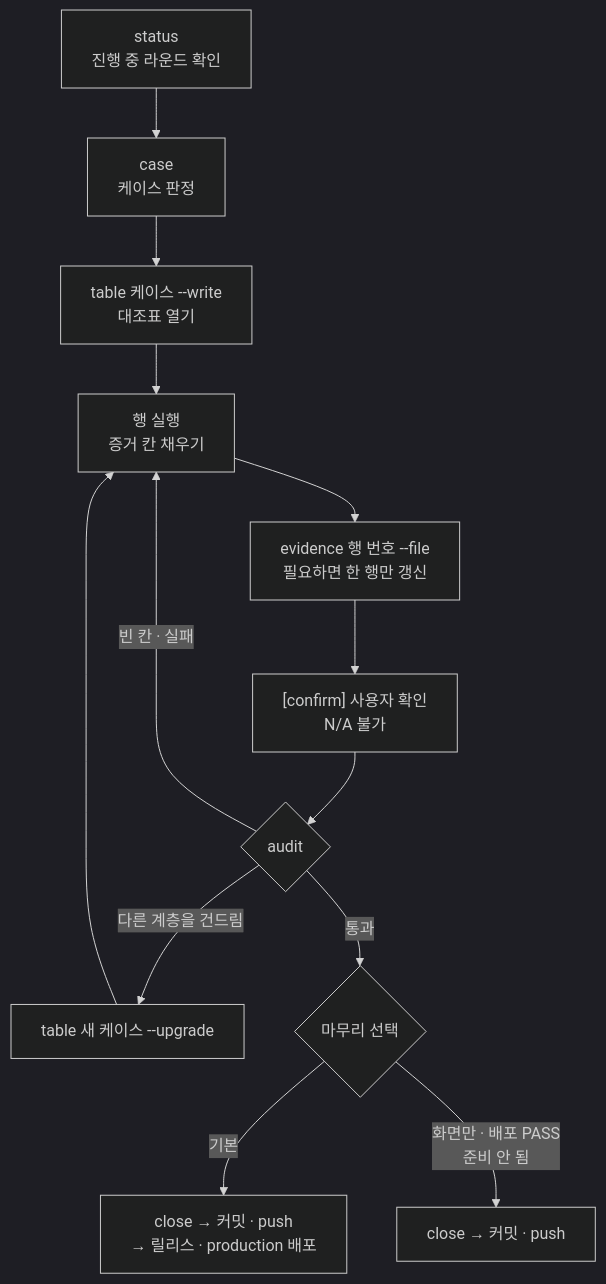
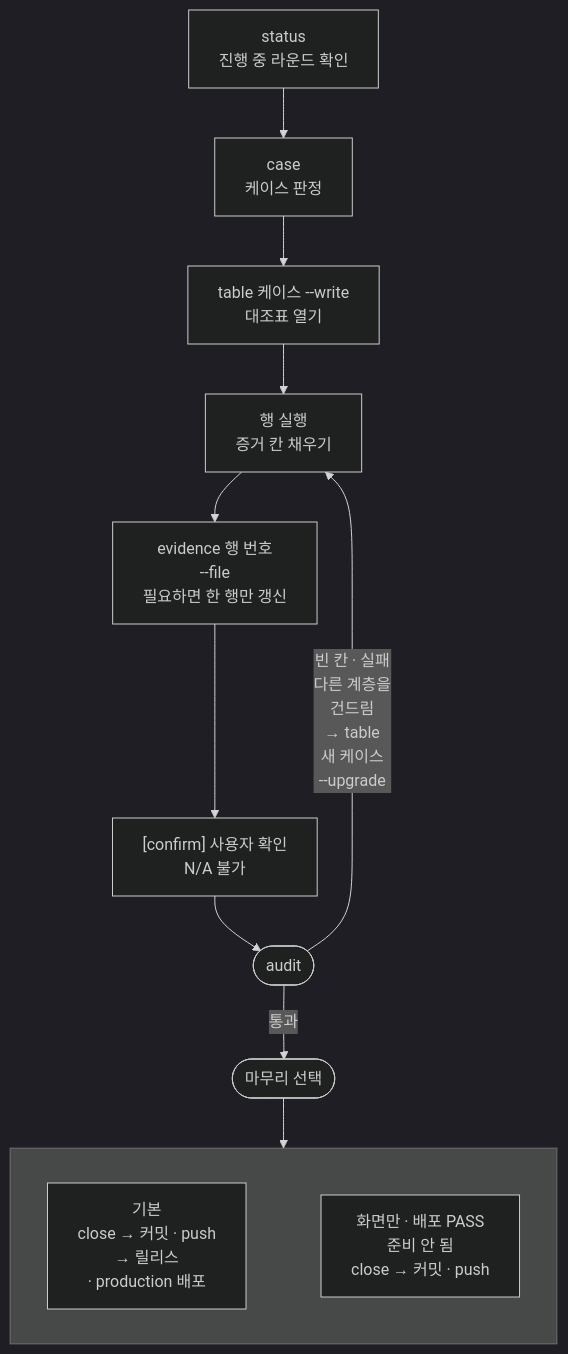
One commit to roadkwon-ai/pro-kit changed the first of 2 diagrams in handbook/concepts/dev-cycle.md. Above: the diagram before and after it, drawn with Mermaid (dark theme). The commit also changed other lines of this file and 26 other files, not shown here.

````diff
--- a/handbook/concepts/dev-cycle.md
+++ b/handbook/concepts/dev-cycle.md
@@ -20,20 +20,20 @@
 ```mermaid
 ---
 config:
   flowchart:
-    wrappingWidth: 220
+    wrappingWidth: 170
 ---
 flowchart TB
   S["status<br/>진행 중 라운드 확인"] --> C["case<br/>케이스 판정"]
   C --> T["table 케이스 --write<br/>대조표 열기"]
   T --> R["행 실행<br/>증거 칸 채우기"]
-  R --> EV["evidence 행 번호 --file<br/>필요하면 한 행만 갱신"]
+  R --> EV["evidence 행 번호<br/>--file<br/>필요하면 한 행만 갱신"]
   EV --> CF["[confirm] 사용자 확인<br/>N/A 불가"]
-  CF --> A{"audit"}
-  A -->|빈 칸 · 실패| R
-  A -->|다른 계층을 건드림| U["table 새 케이스 --upgrade"]
-  U --> R
-  A -->|통과| Q{"마무리 선택"}
-  Q -->|기본| RD["close → 커밋 · push<br/>→ 릴리스 · production 배포"]
-  Q -->|"화면만 · 배포 PASS<br/>준비 안 됨"| CL["close → 커밋 · push"]
+  CF --> A(["audit"])
+  A -->|"빈 칸 · 실패<br/>다른 계층을<br/>건드림<br/>→ table<br/>새 케이스<br/>--upgrade"| R
+  A -->|통과| Q(["마무리 선택"])
+  Q --> M
+  subgraph M[" "]
+    RD["기본<br/>close → 커밋 · push<br/>→ 릴리스<br/>· production 배포"] ~~~ CL["화면만 · 배포 PASS<br/>준비 안 됨<br/>close → 커밋 · push"]
+  end
 ```
````
